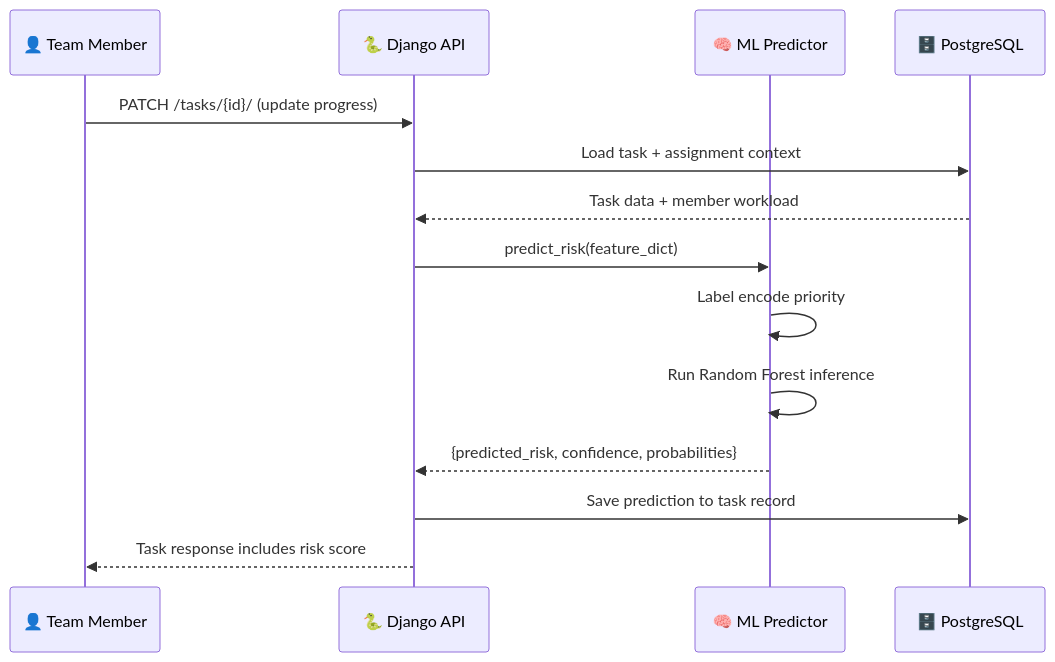
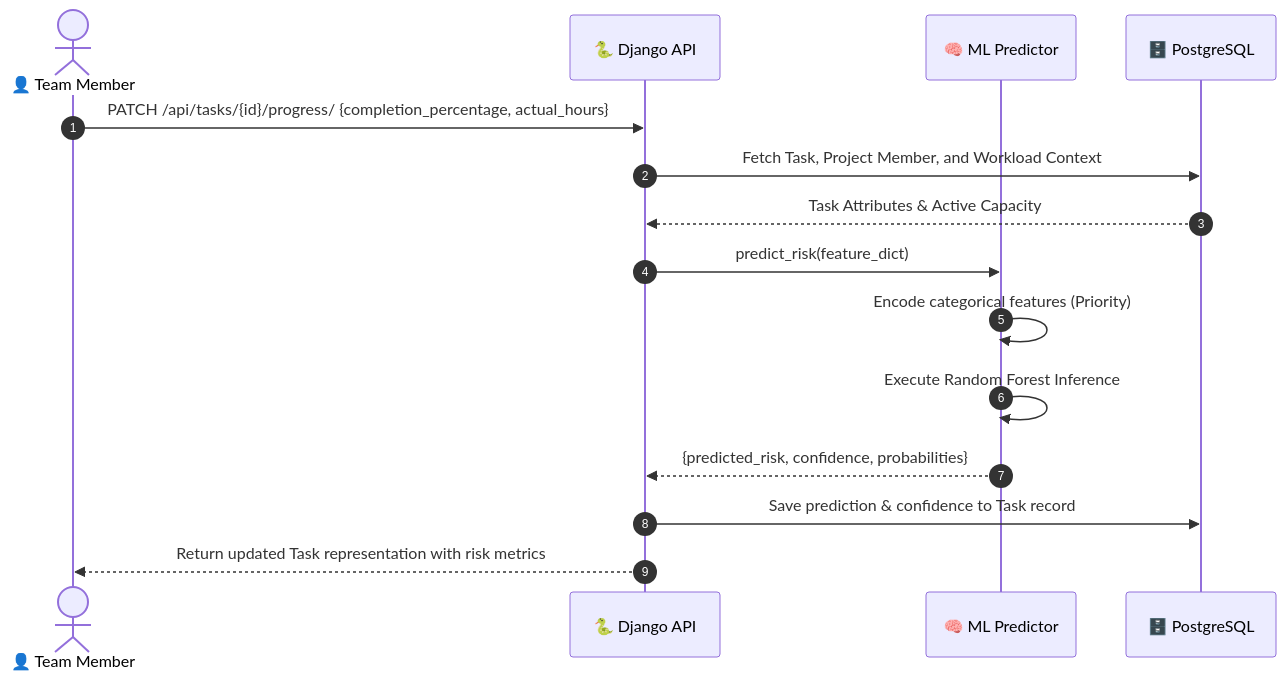
Before and after one commit to PrakharPurwar12/FairSplit: the third of 6 diagrams in README.md, drawn with Mermaid. The commit also changed other lines of this file, not shown here.

Commit message:
docs: enhance README UI and fix Mermaid rendering

````diff
--- a/README.md
+++ b/README.md
@@ -347,17 +310,18 @@
 ```mermaid
 sequenceDiagram
-    participant Member as 👤 Team Member
+    autonumber
+    actor Member as 👤 Team Member
     participant API as 🐍 Django API
     participant ML as 🧠 ML Predictor
     participant DB as 🗄️ PostgreSQL
 
-    Member->>API: PATCH /tasks/{id}/ (update progress)
-    API->>DB: Load task + assignment context
-    DB-->>API: Task data + member workload
+    Member->>API: PATCH /api/tasks/{id}/progress/ {completion_percentage, actual_hours}
+    API->>DB: Fetch Task, Project Member, and Workload Context
+    DB-->>API: Task Attributes & Active Capacity
     API->>ML: predict_risk(feature_dict)
-    ML->>ML: Label encode priority
-    ML->>ML: Run Random Forest inference
+    ML->>ML: Encode categorical features (Priority)
+    ML->>ML: Execute Random Forest Inference
     ML-->>API: {predicted_risk, confidence, probabilities}
-    API->>DB: Save prediction to task record
-    API-->>Member: Task response includes risk score
+    API->>DB: Save prediction & confidence to Task record
+    API-->>Member: Return updated Task representation with risk metrics
 ```
````
